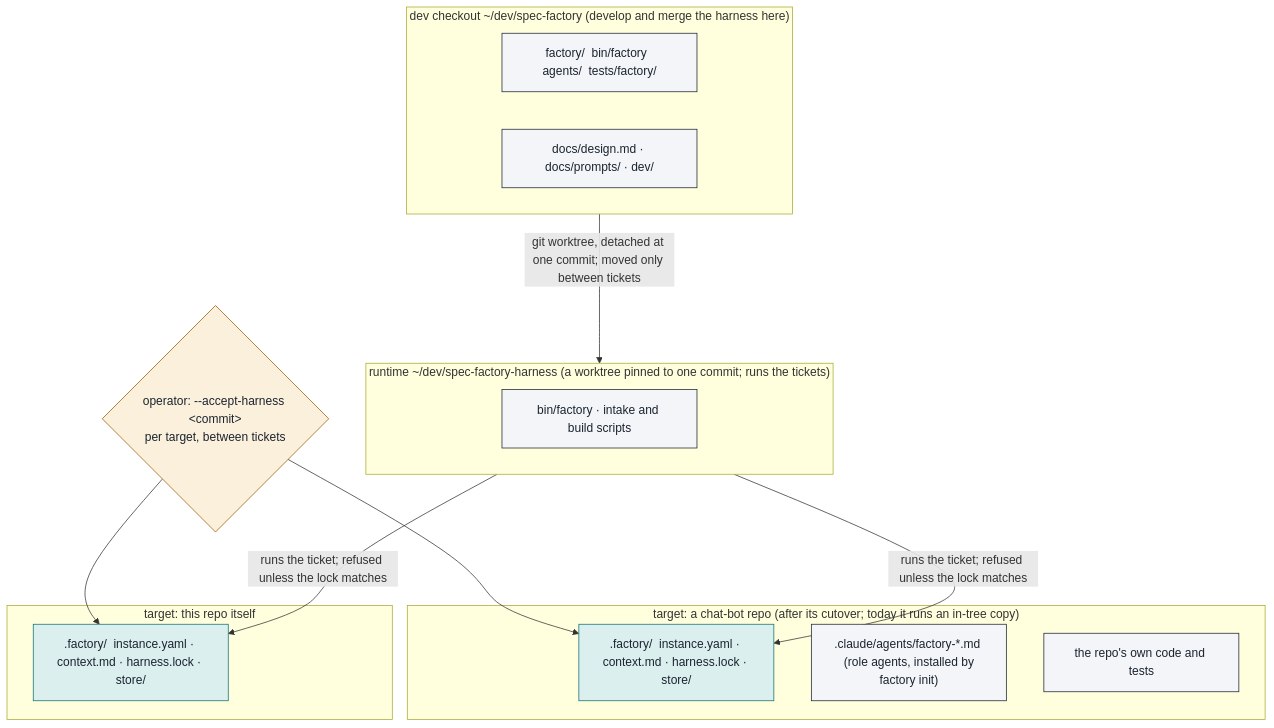
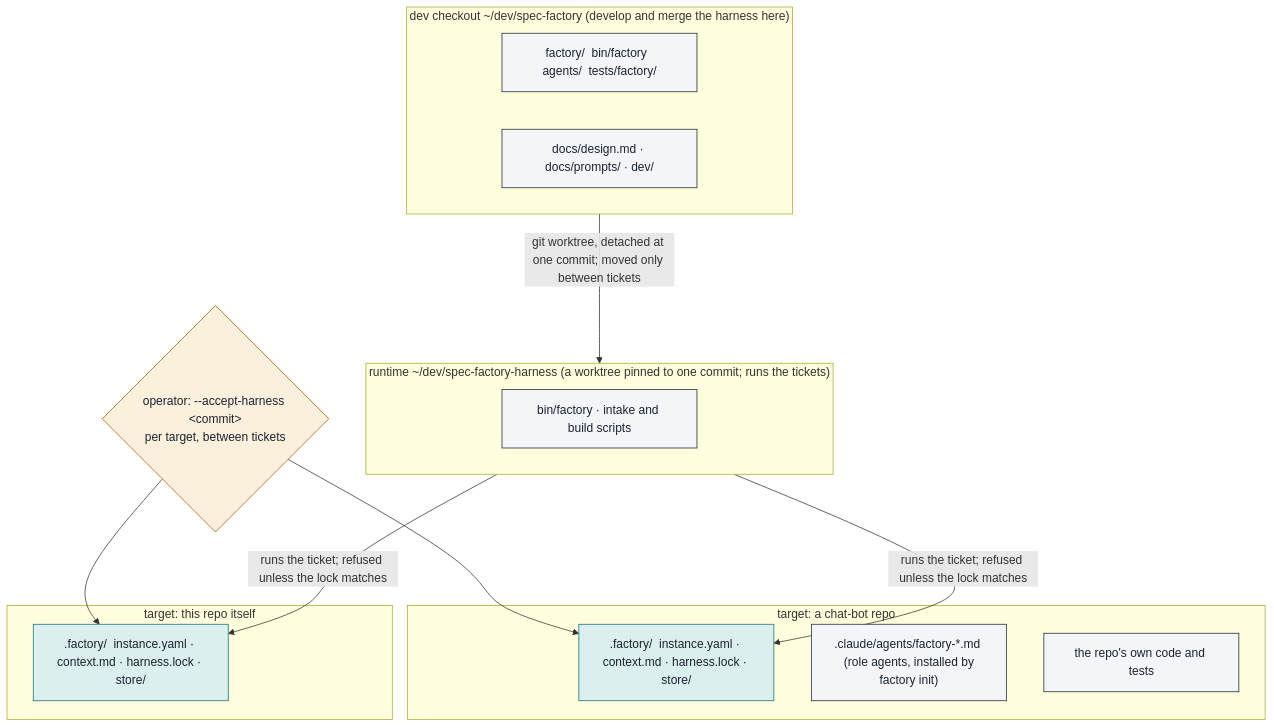
Before and after one commit to danielphang/spec-factory: the fifth of 6 diagrams in README.md, drawn with Mermaid. The commit also changed other lines of this file and 3 other files, not shown here.

````diff
--- a/README.md
+++ b/README.md
@@ -176,29 +368,29 @@
 ```mermaid
 flowchart TB
   classDef human fill:#fbf0dc,stroke:#9a5b00,color:#1b2430
   classDef code fill:#f3f5f8,stroke:#1b2430,color:#1b2430
   classDef store fill:#dcefef,stroke:#0f6e73,color:#1b2430
 
   subgraph DEV["dev checkout  ~/dev/spec-factory  (develop and merge the harness here)"]
     D1["factory/  bin/factory  agents/  tests/factory/"]:::code
     D2["docs/design.md · docs/prompts/ · dev/"]:::code
   end
   subgraph RT["runtime  ~/dev/spec-factory-harness  (a worktree pinned to one commit; runs the tickets)"]
     R1["bin/factory · intake and build scripts"]:::code
   end
   DEV -- "git worktree, detached at one commit; moved only between tickets" --> RT
 
-  subgraph A["target: a chat-bot repo  (after its cutover; today it runs an in-tree copy)"]
+  subgraph A["target: a chat-bot repo"]
     A1[".factory/  instance.yaml · context.md · harness.lock · store/"]:::store
     A2[".claude/agents/factory-*.md  (role agents, installed by factory init)"]:::code
     A3["the repo's own code and tests"]:::code
   end
   subgraph Bx["target: this repo itself"]
     B1[".factory/  instance.yaml · context.md · harness.lock · store/"]:::store
   end
   RT -- "runs the ticket; refused unless the lock matches" --> A1
   RT -- "runs the ticket; refused unless the lock matches" --> B1
   L{"operator: --accept-harness &lt;commit&gt;<br/>per target, between tickets"}:::human
   L --> A1
   L --> B1
 ```
````
